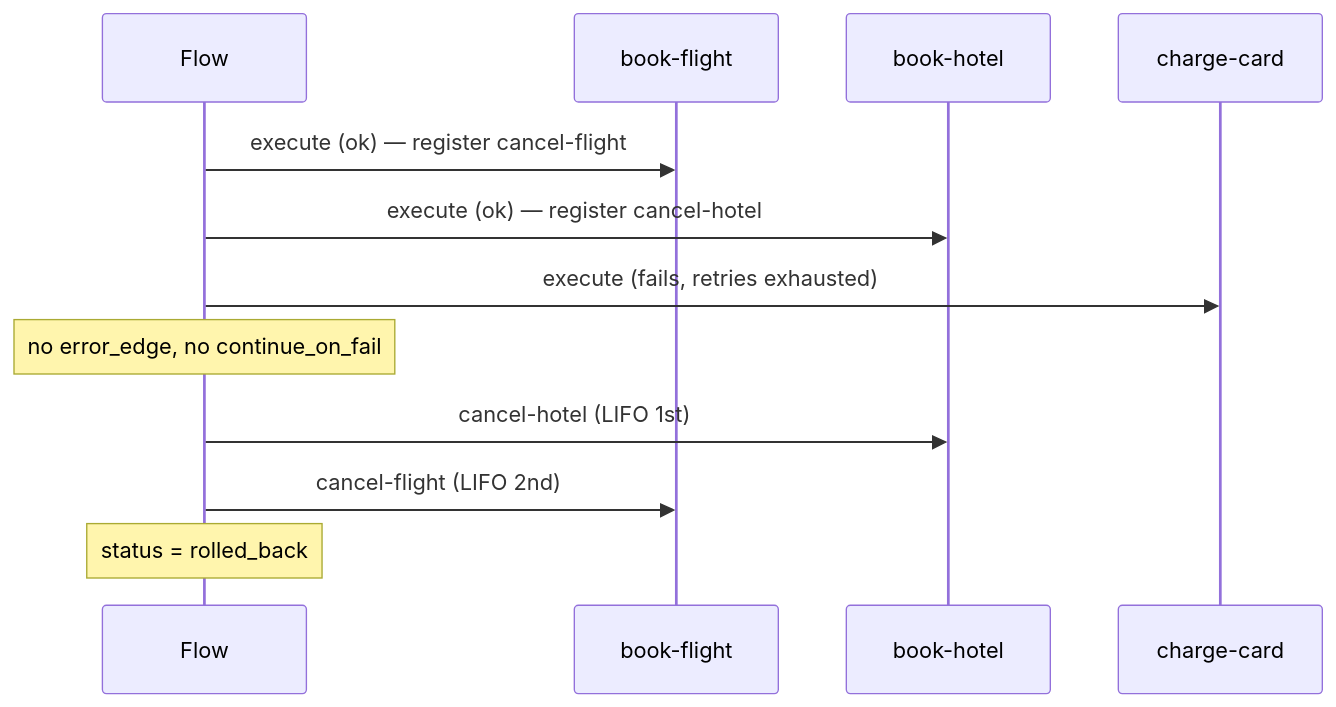
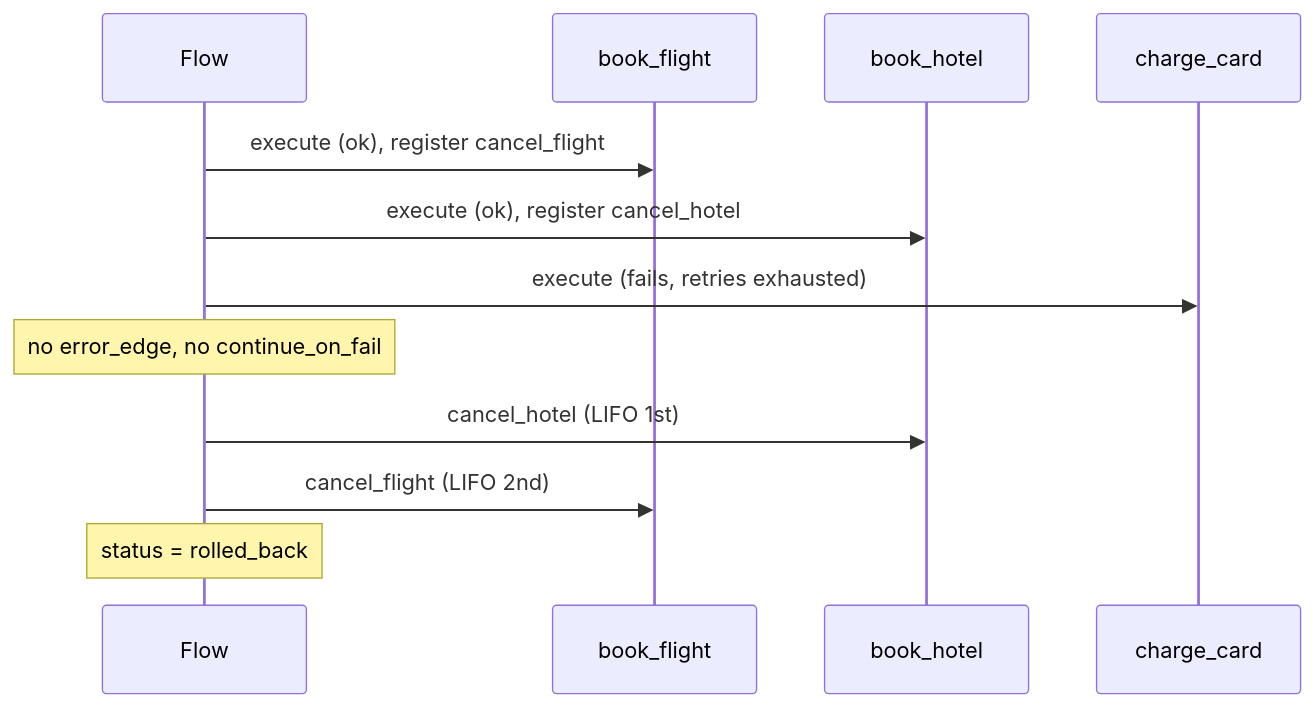
The second of 2 diagrams in docs/guides/workflows/error-handling.md (maravilla-labs/raisindb-website), drawn with Mermaid before and after one commit. The commit also changed other lines of this file and 174 other files, not shown here.

````diff
--- a/docs/guides/workflows/error-handling.md
+++ b/docs/guides/workflows/error-handling.md
@@ -128,14 +138,14 @@
 ```mermaid
 sequenceDiagram
     participant F as Flow
-    participant A as book-flight
-    participant B as book-hotel
-    participant C as charge-card
-    F->>A: execute (ok) — register cancel-flight
-    F->>B: execute (ok) — register cancel-hotel
+    participant A as book_flight
+    participant B as book_hotel
+    participant C as charge_card
+    F->>A: execute (ok), register cancel_flight
+    F->>B: execute (ok), register cancel_hotel
     F->>C: execute (fails, retries exhausted)
     Note over F: no error_edge, no continue_on_fail
-    F->>B: cancel-hotel (LIFO 1st)
-    F->>A: cancel-flight (LIFO 2nd)
+    F->>B: cancel_hotel (LIFO 1st)
+    F->>A: cancel_flight (LIFO 2nd)
     Note over F: status = rolled_back
 ```
````
